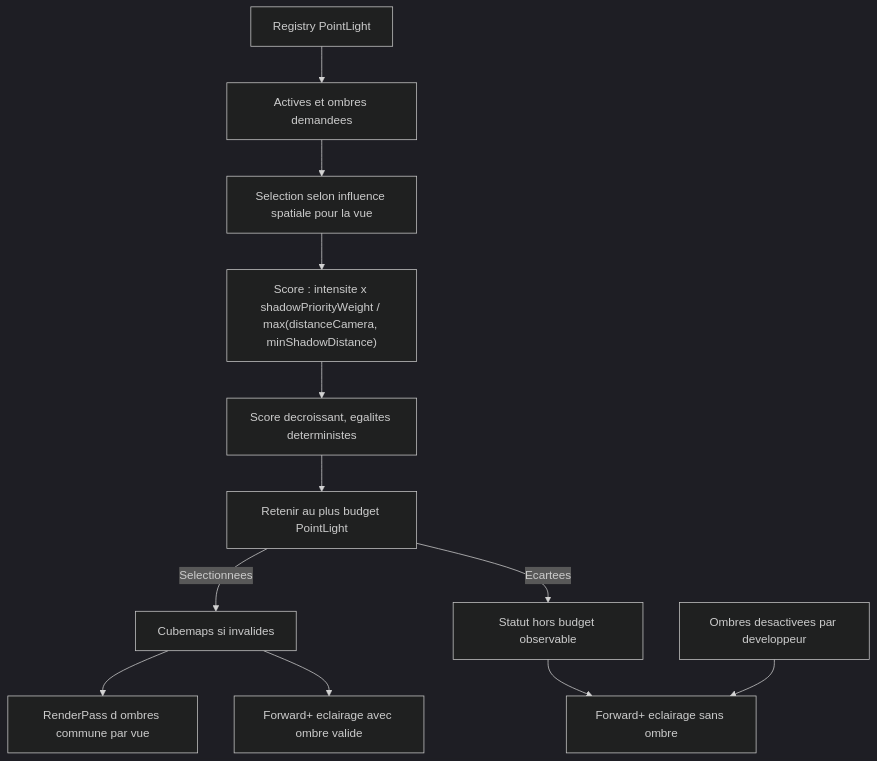
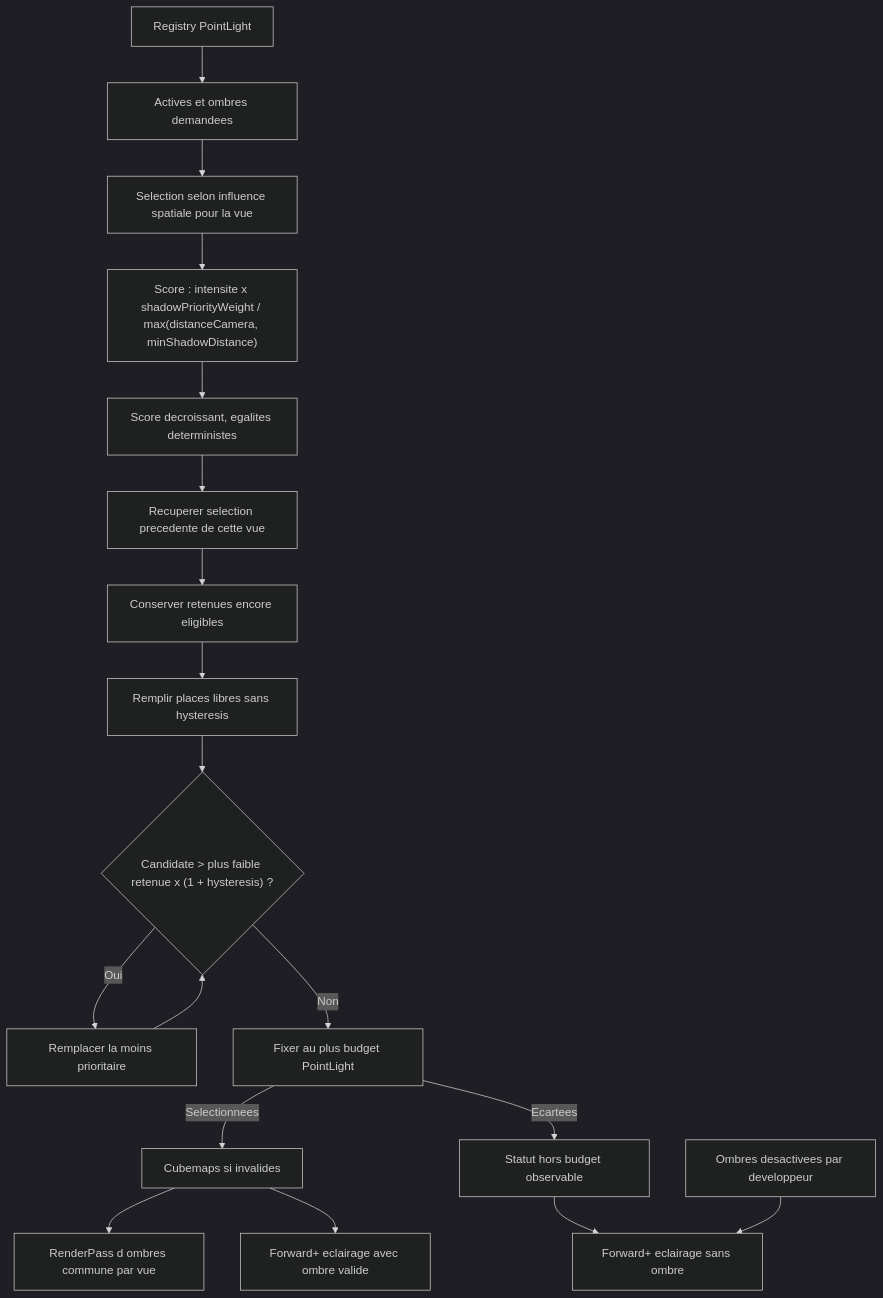
Before and after one commit to EreliaStudio/Sparkle: the eighth of 18 diagrams in docs/voxel-engine-v0.1.4-specification.md, drawn with Mermaid (dark theme). The commit also changed other lines of this file, not shown here.

Commit message:
docs(v0.1.4): add configurable proportional hysteresis to point-light shadow budget selection

````diff
--- a/docs/voxel-engine-v0.1.4-specification.md
+++ b/docs/voxel-engine-v0.1.4-specification.md
@@ -695,14 +712,20 @@
 ```mermaid
 flowchart TD
   Registry["Registry PointLight"] --> Eligible["Actives et ombres demandees"]
   Eligible --> Relevant["Selection selon influence spatiale pour la vue"]
   Relevant --> Score["Score : intensite x shadowPriorityWeight / max(distanceCamera, minShadowDistance)"]
   Score --> Order["Score decroissant, egalites deterministes"]
-  Order --> Limit["Retenir au plus budget PointLight"]
+  Order --> History["Recuperer selection precedente de cette vue"]
+  History --> Active["Conserver retenues encore eligibles"]
+  Active --> Free["Remplir places libres sans hysteresis"]
+  Free --> Swap{"Candidate > plus faible retenue x (1 + hysteresis) ?"}
+  Swap -->|"Oui"| Replace["Remplacer la moins prioritaire"]
+  Replace --> Swap
+  Swap -->|"Non"| Limit["Fixer au plus budget PointLight"]
   Limit -->|"Selectionnees"| Cubes["Cubemaps si invalides"]
   Cubes --> Pass["RenderPass d ombres commune par vue"]
   Cubes --> Lit["Forward+ eclairage avec ombre valide"]
   Limit -->|"Ecartees"| Status["Statut hors budget observable"]
   Status --> Unshadowed["Forward+ eclairage sans ombre"]
   Off["Ombres desactivees par developpeur"] --> Unshadowed
 ```
````
